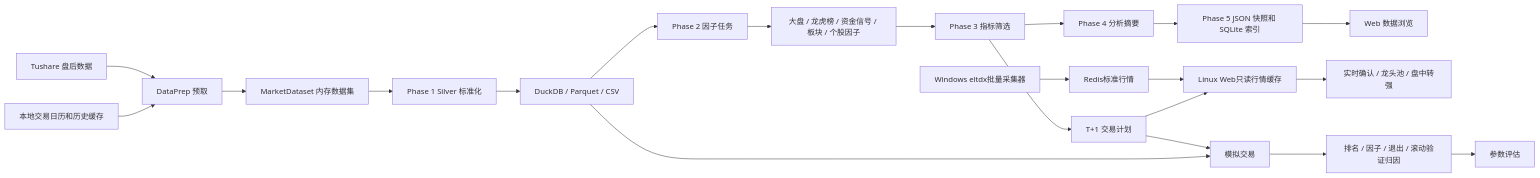
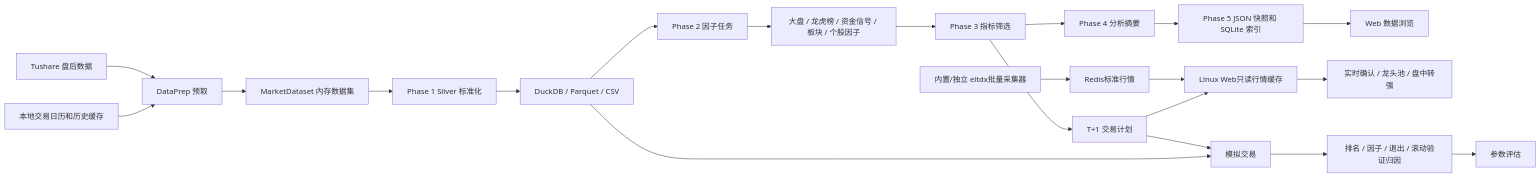
The diagram in README.md (w1134796794/a_stock_sentiment_system), drawn with Mermaid before and after one commit. The commit also changed other lines of this file and 8 other files, not shown here.

````diff
--- a/README.md
+++ b/README.md
@@ -131,23 +131,23 @@
 ```mermaid
 flowchart LR
     A["Tushare 盘后数据"] --> B["DataPrep 预取"]
     A2["本地交易日历和历史缓存"] --> B
     B --> C["MarketDataset 内存数据集"]
     C --> D["Phase 1 Silver 标准化"]
     D --> E["DuckDB / Parquet / CSV"]
     E --> F["Phase 2 因子任务"]
     F --> G["大盘 / 龙虎榜 / 资金信号 / 板块 / 个股因子"]
     G --> H["Phase 3 指标筛选"]
     H --> I["Phase 4 分析摘要"]
     I --> J["Phase 5 JSON 快照和 SQLite 索引"]
     J --> K["Web 数据浏览"]
     H --> L["T+1 交易计划"]
-    R["Windows eltdx批量采集器"] --> S["Redis标准行情"]
+    R["内置/独立 eltdx批量采集器"] --> S["Redis标准行情"]
     S --> M["Linux Web只读行情缓存"]
     L --> M
     M --> N["实时确认 / 龙头池 / 盘中转强"]
     L --> O["模拟交易"]
     E --> O
     O --> P["排名 / 因子 / 退出 / 滚动验证归因"]
     P --> Q["参数评估"]
 ```
````
